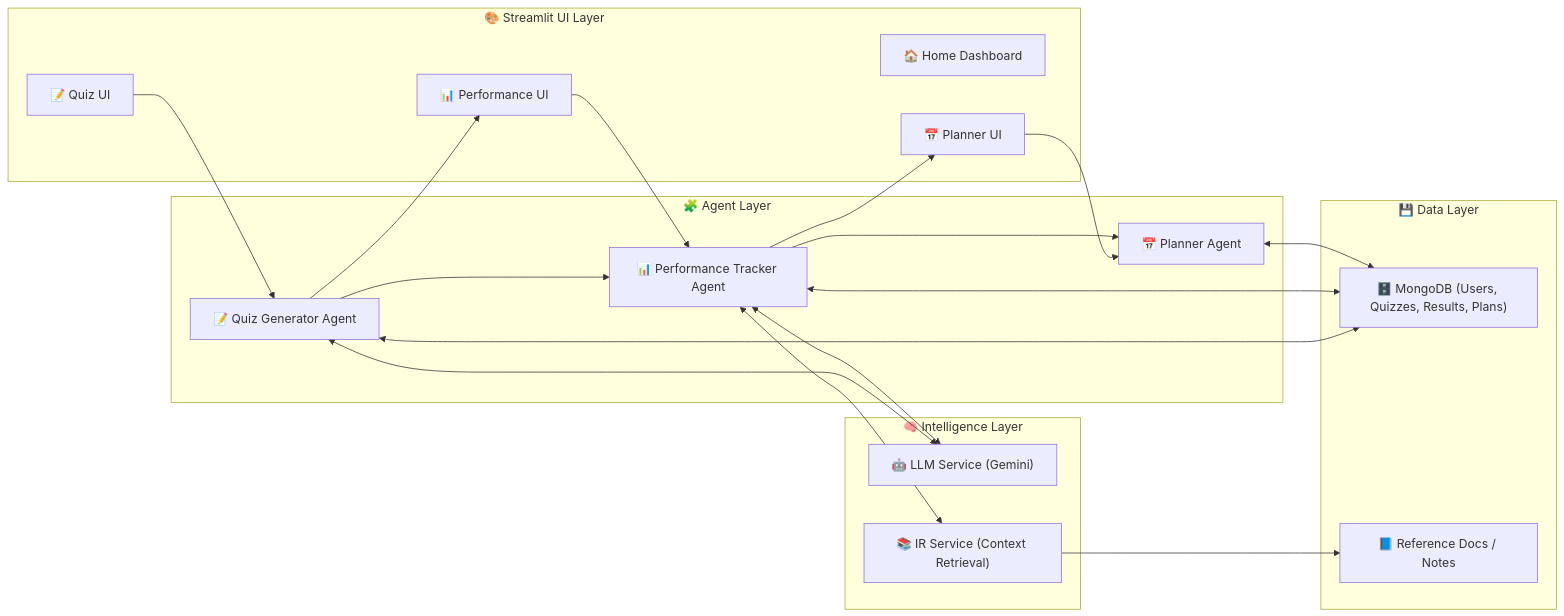
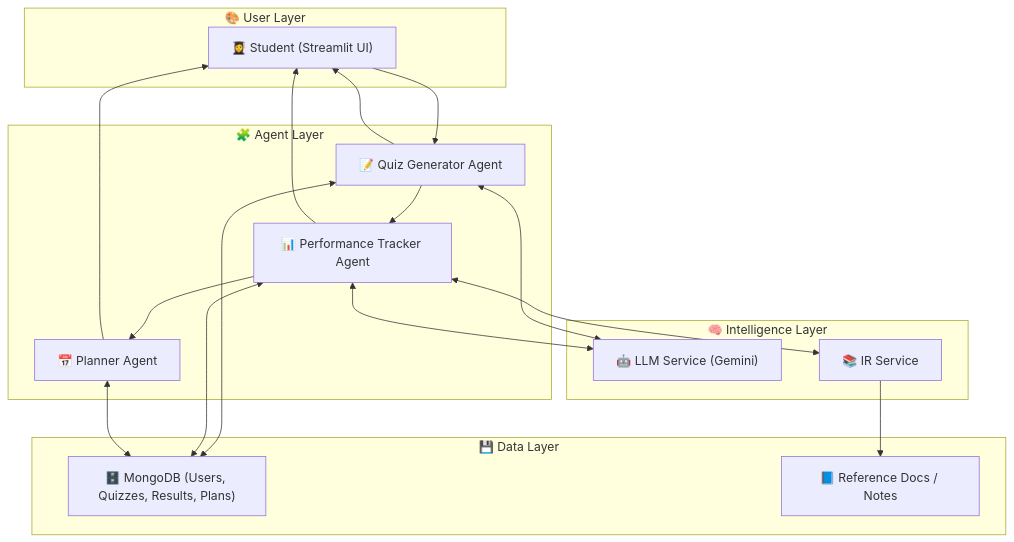
The diagram in README.md (LochanaLithira/Adaptive-Exam-Preparation-AI), drawn with Mermaid before and after one commit.

````diff
--- a/README.md
+++ b/README.md
@@ -24,54 +24,47 @@
 ```mermaid
-flowchart LR
+flowchart TD
     %% User Layer (Top)
-    subgraph UI["🎨 Streamlit UI Layer"]
-        UI_Home["🏠 Home Dashboard"]
-        UI_Quiz["📝 Quiz UI"]
-        UI_Performance["📊 Performance UI"]
-        UI_Planner["📅 Planner UI"]
+    subgraph UI["🎨 User Layer"]
+        A["👩‍🎓 Student (Streamlit UI)"]
     end
 
     %% Agent Layer (Middle)
     subgraph AGENTS["🧩 Agent Layer"]
-        C["📝 Quiz Generator Agent"]
-        D["📊 Performance Tracker Agent"]
-        B["📅 Planner Agent"]
+        QG["📝 Quiz Generator Agent"]
+        PT["📊 Performance Tracker Agent"]
+        PL["📅 Planner Agent"]
     end
 
-    %% Intelligence Layer (Middle-Right)
+    %% Intelligence Layer (Side)
     subgraph AI["🧠 Intelligence Layer"]
         LLM["🤖 LLM Service (Gemini)"]
-        IR["📚 IR Service (Context Retrieval)"]
+        IR["📚 IR Service"]
     end
 
     %% Data Layer (Bottom)
     subgraph DATA["💾 Data Layer"]
         DB["🗄️ MongoDB (Users, Quizzes, Results, Plans)"]
         DOCS["📘 Reference Docs / Notes"]
     end
 
-    %% UI to Agents
-    UI_Quiz --> C
-    UI_Performance --> D
-    UI_Planner --> B
-
-    %% Linear Agent Flow
-    C --> D
-    D --> B
+    %% Main Flow (straight top to bottom)
+    A --> QG --> PT --> PL
 
     %% Feedback to UI
-    C --> UI_Performance
-    D --> UI_Planner
+    QG --> A
+    PT --> A
+    PL --> A
 
-    %% Intelligence integration
-    C <--> LLM
-    D <--> LLM
-    D <--> IR
+    %% Intelligence connections
+    QG <--> LLM
+    PT <--> LLM
+    PT <--> IR
 
     %% Data connections
-    C <--> DB
-    D <--> DB
-    B <--> DB
+    QG <--> DB
+    PT <--> DB
+    PL <--> DB
     IR --> DOCS
 
+
 ```
````
